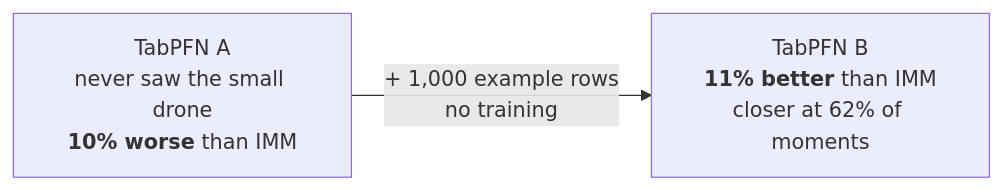
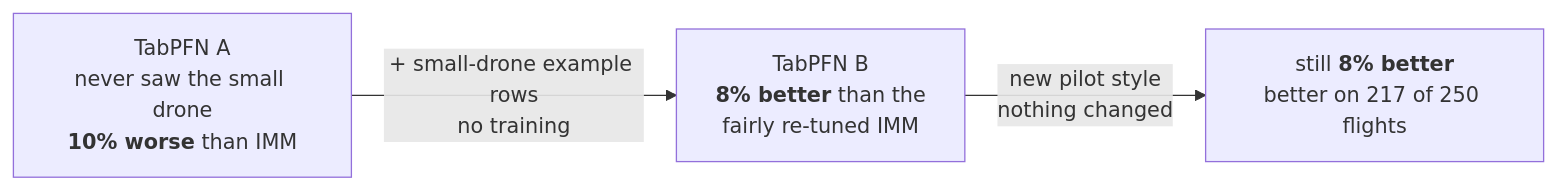
Before and after one commit to Jaseelkt007/priorlab_berlin_hack: the eighth of 10 diagrams in drone/EXPLAINED.md, drawn with Mermaid. The commit also changed other lines of this file and 19 other files, not shown here.

First line of the commit message:
Drone: fairness check, example sweep and new-pilot test

````diff
--- a/drone/EXPLAINED.md
+++ b/drone/EXPLAINED.md
@@ -141,4 +142,5 @@
 ```mermaid
 flowchart LR
-    A["TabPFN A<br/>never saw the small drone<br/><b>10% worse</b> than IMM"] -->|"+ 1,000 example rows<br/>no training"| B["TabPFN B<br/><b>11% better</b> than IMM<br/>closer at 62% of moments"]
+    A["TabPFN A<br/>never saw the small drone<br/><b>10% worse</b> than IMM"] -->|"+ small-drone example rows<br/>no training"| B["TabPFN B<br/><b>8% better</b> than the<br/>fairly re-tuned IMM"]
+    B -->|"new pilot style<br/>nothing changed"| C["still <b>8% better</b><br/>better on 217 of 250 flights"]
 ```
````
